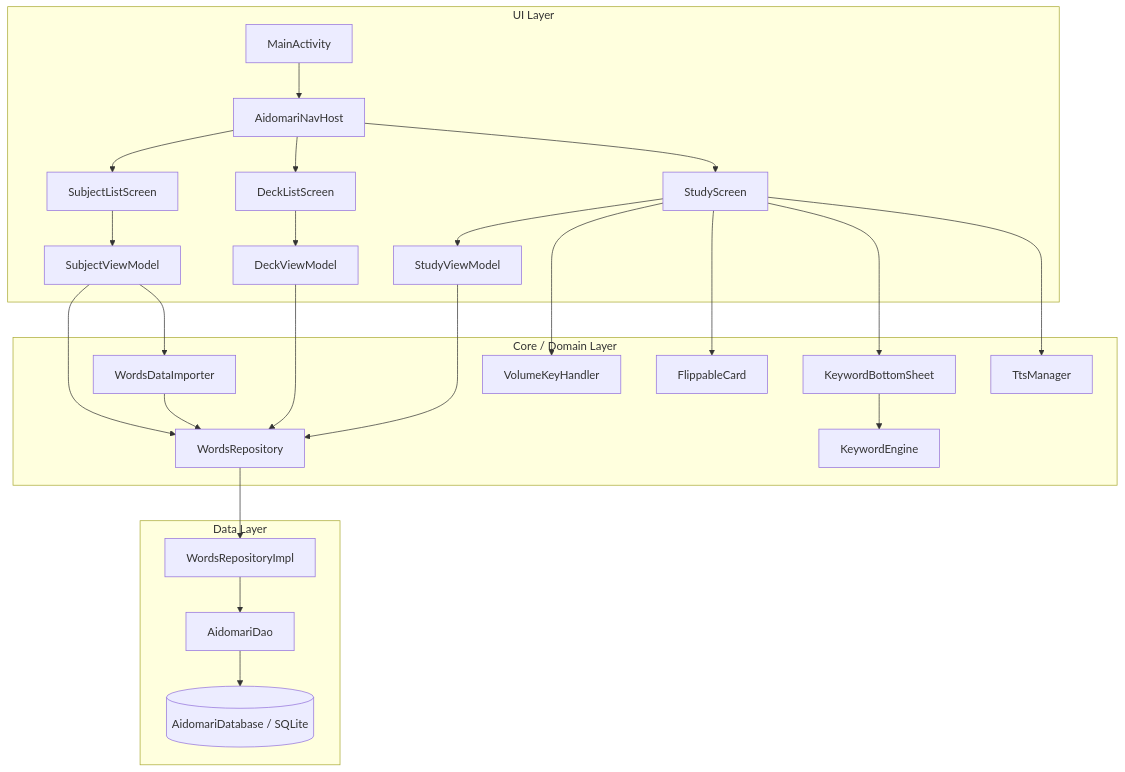
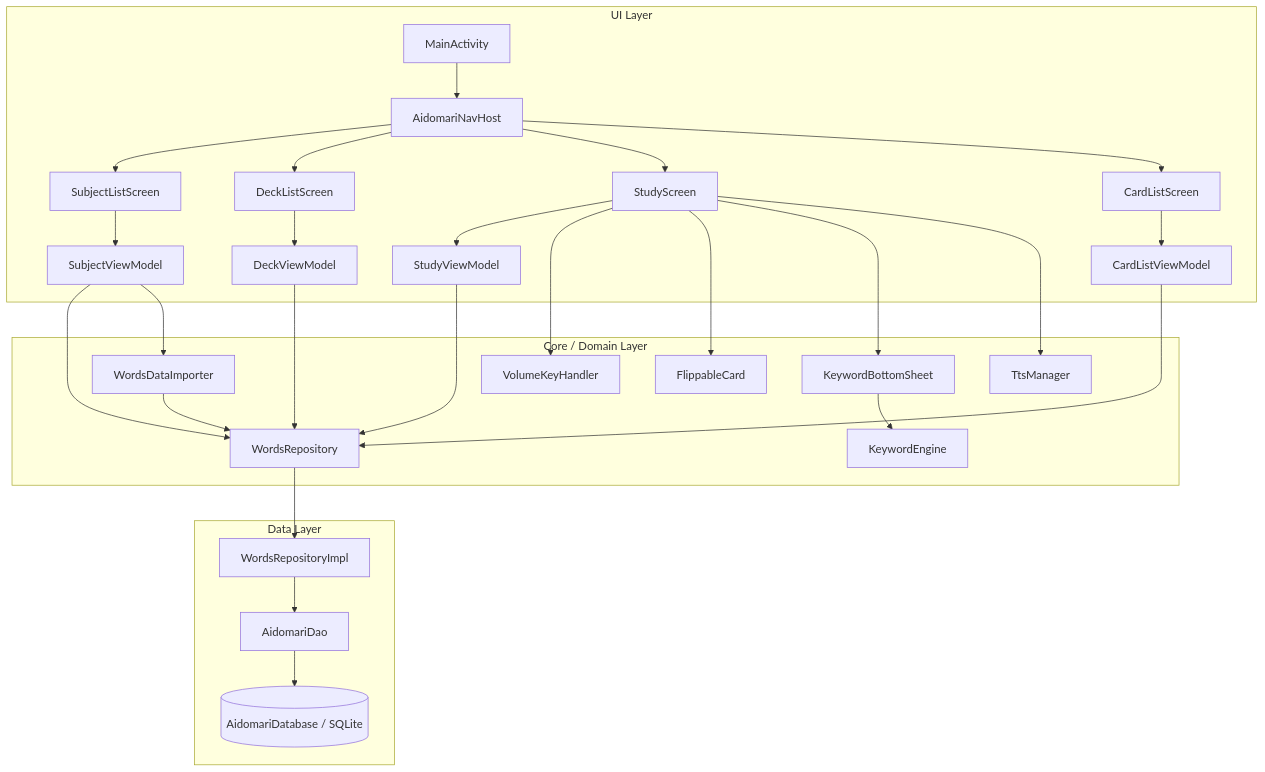
The first of 5 diagrams in docs/DETAILED_DESIGN.md (txcxjp/aidomari), drawn with Mermaid before and after one commit. The commit also changed other lines of this file and 1 other file, not shown here.

Commit message:
docs: update architecture and detailed design documentation (#30)

````diff
--- a/docs/DETAILED_DESIGN.md
+++ b/docs/DETAILED_DESIGN.md
@@ -28,34 +28,37 @@
 ```mermaid
 graph TD
     subgraph UI Layer
         Activity[MainActivity] --> NavHost[AidomariNavHost]
         NavHost --> SubjectScreen[SubjectListScreen]
         NavHost --> DeckScreen[DeckListScreen]
         NavHost --> StudyScreen[StudyScreen]
+        NavHost --> CardListScreen[CardListScreen]
         
         SubjectScreen --> SubjectVM[SubjectViewModel]
         DeckScreen --> DeckVM[DeckViewModel]
         StudyScreen --> StudyVM[StudyViewModel]
+        CardListScreen --> CardListVM[CardListViewModel]
     end
 
     subgraph Core / Domain Layer
         SubjectVM --> WordsRepo[WordsRepository]
         DeckVM --> WordsRepo
         StudyVM --> WordsRepo
+        CardListVM --> WordsRepo
 
         StudyScreen --> VolumeKey[VolumeKeyHandler]
         StudyScreen --> FlippableCard[FlippableCard]
         StudyScreen --> KeywordSheet[KeywordBottomSheet]
         
         KeywordSheet --> KeywordEngine[KeywordEngine]
         StudyScreen --> TtsManager[TtsManager]
         SubjectVM --> Importer[WordsDataImporter]
         Importer --> WordsRepo
     end
 
     subgraph Data Layer
         WordsRepo --> WordsRepoImpl[WordsRepositoryImpl]
         WordsRepoImpl --> Dao[AidomariDao]
         Dao --> RoomDB[(AidomariDatabase / SQLite)]
     end
 ```
````
